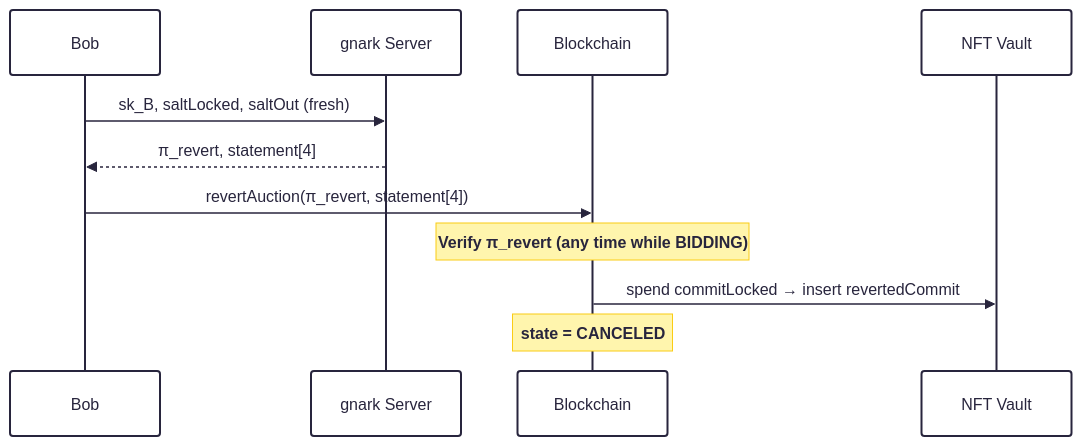
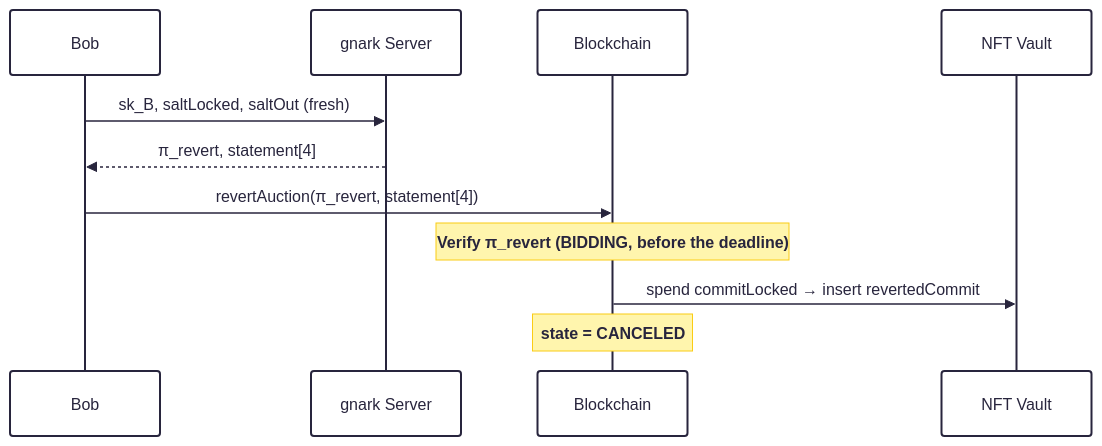
One commit to raylsnetwork/Enygma changed the seventh of 10 diagrams in enygma_dvp_auctions/docs/protocol_description.md. Above: the diagram before and after it, drawn with Mermaid. The commit also changed other lines of this file and 33 other files, not shown here.

````diff
--- a/enygma_dvp_auctions/docs/protocol_description.md
+++ b/enygma_dvp_auctions/docs/protocol_description.md
@@ -552,20 +552,20 @@
 ```mermaid
 ---
 config:
   theme: redux
   look: handDrawn
 ---
 sequenceDiagram
     participant Bob
     participant gnark as gnark Server
     participant Chain as Blockchain
     participant Vault as NFT Vault
 
     Bob->>gnark: sk_B, saltLocked, saltOut (fresh)
     gnark-->>Bob: π_revert, statement[4]
 
     Bob->>Chain: revertAuction(π_revert, statement[4])
-    note over Chain: Verify π_revert (any time while BIDDING)
+    note over Chain: Verify π_revert (BIDDING, before the deadline)
     Chain->>Vault: spend commitLocked → insert revertedCommit
     note over Chain: state = CANCELED
 ```
````
